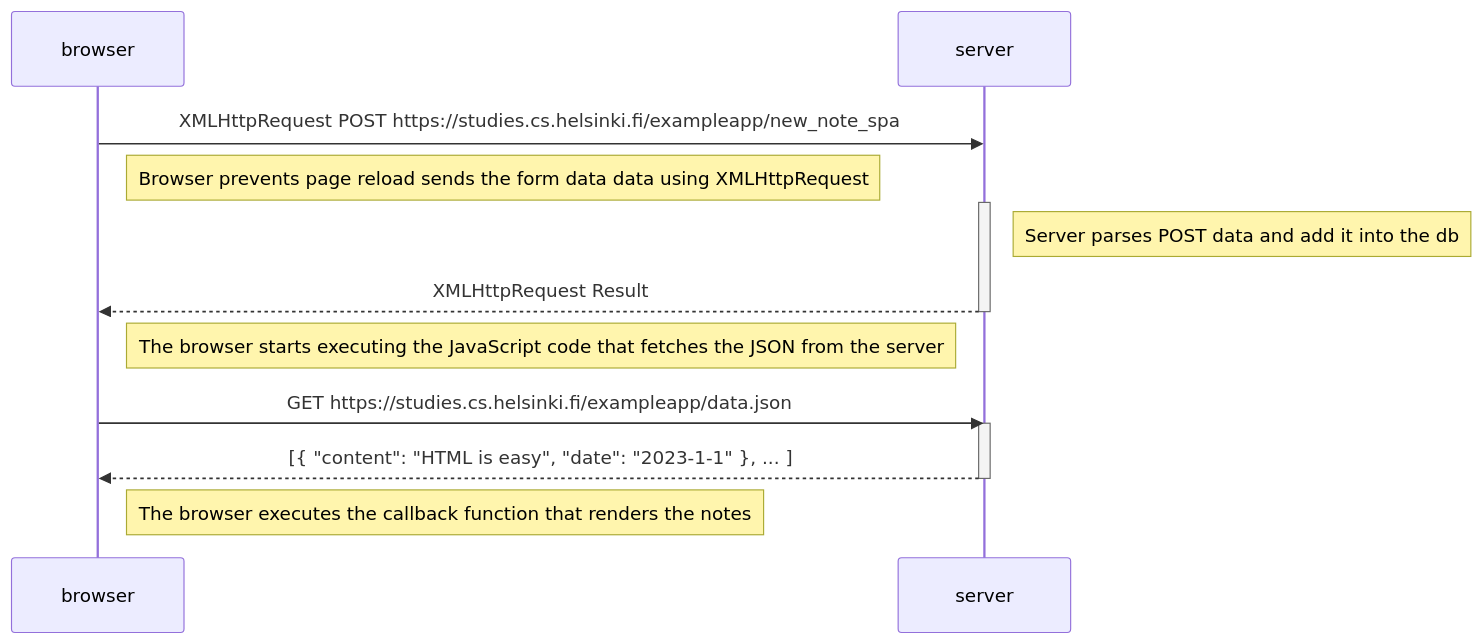
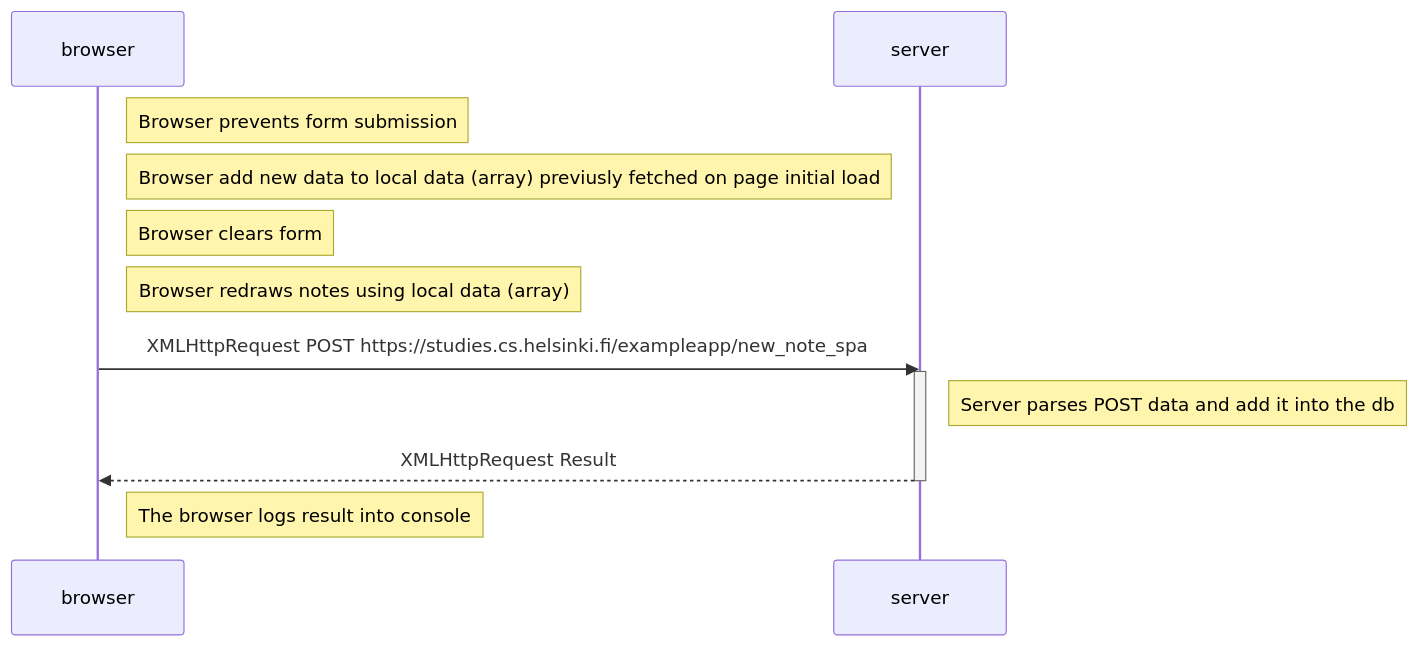
The diagram in part0/NewNoteSPA.md (saert3311/open_fullstack), drawn with Mermaid before and after one commit. The commit also changed other lines of this file, not shown here.

Commit message:
Spa new note details

````diff
--- a/part0/NewNoteSPA.md
+++ b/part0/NewNoteSPA.md
@@ -3,22 +3,19 @@
 ```mermaid
 sequenceDiagram
     participant browser
     participant server
 
+    Note right of browser: Browser prevents form submission
+    Note right of browser: Browser add new data to local data (array) previusly fetched on page initial load
+    Note right of browser: Browser clears form
+    Note right of browser: Browser redraws notes using local data (array)
+
     browser->>server: XMLHttpRequest POST https://studies.cs.helsinki.fi/exampleapp/new_note_spa
-    Note right of browser: Browser prevents page reload sends the form data data using XMLHttpRequest
     activate server
     Note right of server: Server parses POST data and add it into the db
     server-->>browser: XMLHttpRequest Result
     deactivate server
 
-    Note right of browser: The browser starts executing the JavaScript code that fetches the JSON from the server
-
-    browser->>server: GET https://studies.cs.helsinki.fi/exampleapp/data.json
-    activate server
-    server-->>browser: [{ "content": "HTML is easy", "date": "2023-1-1" }, ... ]
-    deactivate server
-
-    Note right of browser: The browser executes the callback function that renders the notes
+    Note right of browser: The browser logs result into console
     
 ```
````
